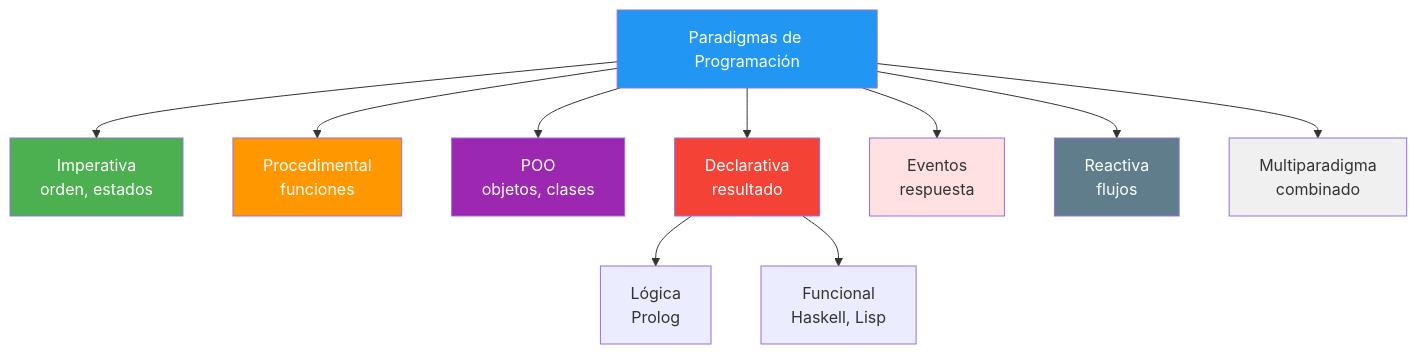
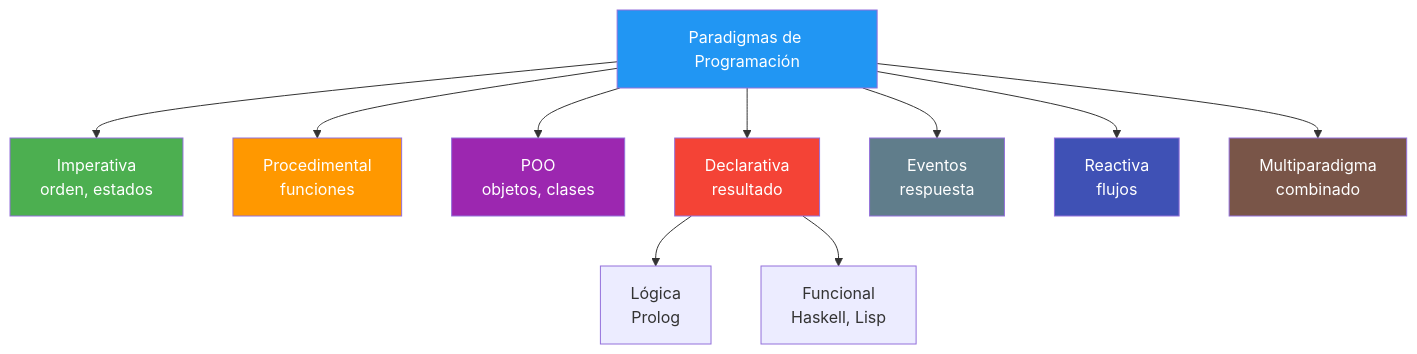
One commit to joseluisgs/EntornosDesarrollo-01-2026-2027 changed the fifth of 6 diagrams in 05-lenguajes-programacion.md. Above: the diagram before and after it, drawn with Mermaid. The commit also changed other lines of this file, not shown here.

````diff
--- a/05-lenguajes-programacion.md
+++ b/05-lenguajes-programacion.md
@@ -430,22 +453,22 @@
 ```mermaid
 graph TB
     A[Paradigmas de Programación] --> B[Imperativa<br/>orden, estados]
     A --> C[Procedimental<br/>funciones]
     A --> D[POO<br/>objetos, clases]
     A --> E[Declarativa<br/>resultado]
     A --> F[Eventos<br/>respuesta]
     A --> G[Reactiva<br/>flujos]
     A --> H[Multiparadigma<br/>combinado]
 
     E --> E1[Lógica<br/>Prolog]
     E --> E2[Funcional<br/>Haskell, Lisp]
 
     style A fill:#2196F3,color:#fff
     style B fill:#4CAF50,color:#fff
     style C fill:#FF9800,color:#fff
     style D fill:#9C27B0,color:#fff
     style E fill:#f44336,color:#fff
-    style F fill:#ffe1e1
-    style G fill:#607D8B,color:#fff
-    style H fill:#f0f0f0
+    style F fill:#607D8B,color:#fff
+    style G fill:#3F51B5,color:#fff
+    style H fill:#795548,color:#fff
 ```
````
